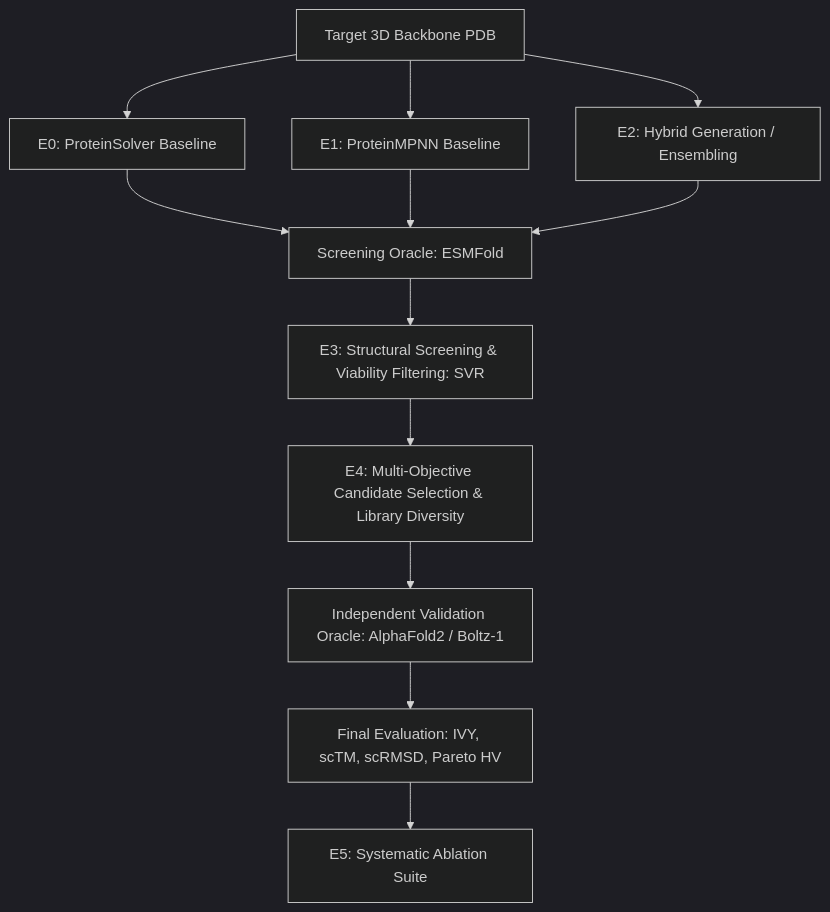
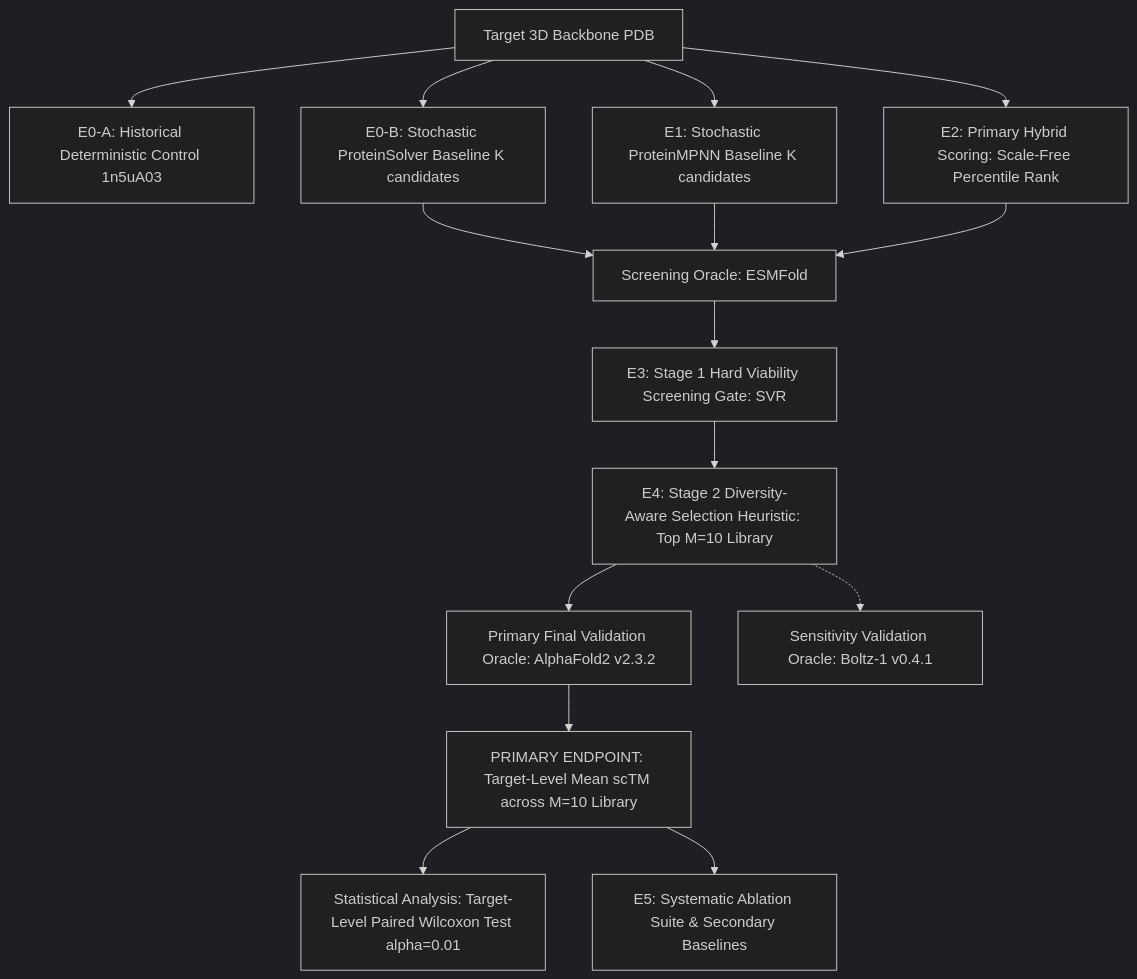
The diagram in science/evaluation_protocol.md (ProteinDesignRND/ProteinDesign), drawn with Mermaid (dark theme) before and after one commit. The commit also changed other lines of this file and 12 other files, not shown here.

Commit message:
protocol: freeze hybrid evaluation and scientific validation design

````diff
--- a/science/evaluation_protocol.md
+++ b/science/evaluation_protocol.md
@@ -10,16 +10,21 @@
 ```mermaid
 graph TD
-    Target[Target 3D Backbone PDB] --> E0[E0: ProteinSolver Baseline]
-    Target --> E1[E1: ProteinMPNN Baseline]
-    Target --> E2[E2: Hybrid Generation / Ensembling]
+    Target[Target 3D Backbone PDB] --> E0A[E0-A: Historical Deterministic Control 1n5uA03]
+    Target --> E0B[E0-B: Stochastic ProteinSolver Baseline K candidates]
+    Target --> E1[E1: Stochastic ProteinMPNN Baseline K candidates]
+    Target --> E2[E2: Primary Hybrid Scoring: Scale-Free Percentile Rank]
     
-    E0 --> Screen[Screening Oracle: ESMFold]
+    E0B --> Screen[Screening Oracle: ESMFold]
     E1 --> Screen
     E2 --> Screen
     
-    Screen --> E3[E3: Structural Screening & Viability Filtering: SVR]
-    E3 --> E4[E4: Multi-Objective Candidate Selection & Library Diversity]
-    E4 --> Val[Independent Validation Oracle: AlphaFold2 / Boltz-1]
-    Val --> Final[Final Evaluation: IVY, scTM, scRMSD, Pareto HV]
-    Final --> E5[E5: Systematic Ablation Suite]
+    Screen --> E3[E3: Stage 1 Hard Viability Screening Gate: SVR]
+    E3 --> E4[E4: Stage 2 Diversity-Aware Selection Heuristic: Top M=10 Library]
+    
+    E4 --> Val[Primary Final Validation Oracle: AlphaFold2 v2.3.2]
+    E4 -.-> Sens[Sensitivity Validation Oracle: Boltz-1 v0.4.1]
+    
+    Val --> Final[PRIMARY ENDPOINT: Target-Level Mean scTM across M=10 Library]
+    Final --> Stat[Statistical Analysis: Target-Level Paired Wilcoxon Test alpha=0.01]
+    Final --> E5[E5: Systematic Ablation Suite & Secondary Baselines]
 ```
````
